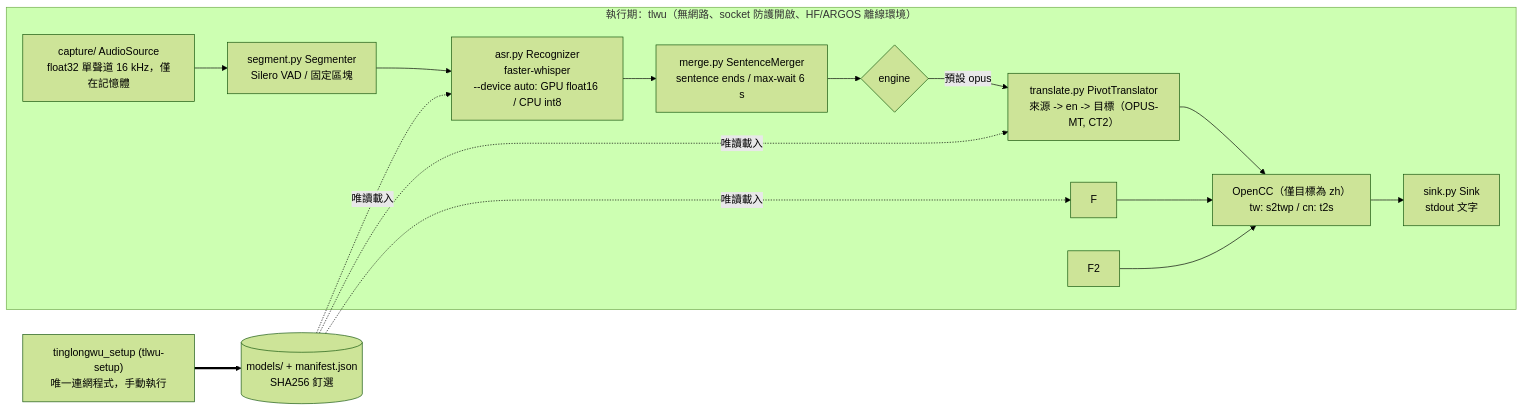
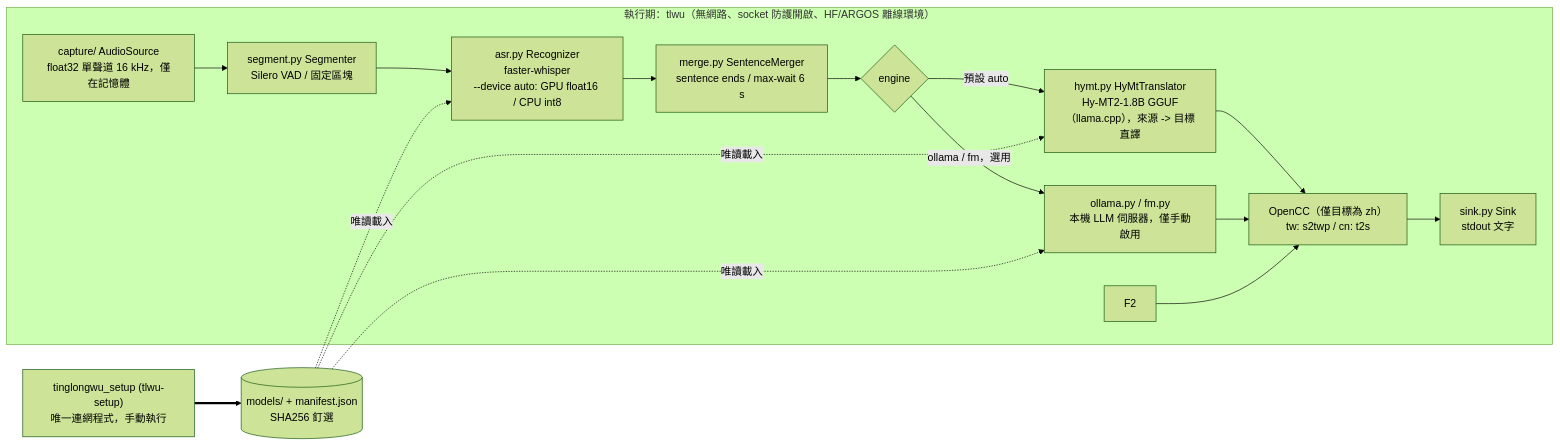
The diagram in docs/ARCHITECTURE.zh-TW.md (sunososobro-hub/tinglongwu), drawn with Mermaid (forest theme) before and after one commit. The commit also changed other lines of this file and 2 other files, not shown here.

Commit message:
docs(architecture): Hy-MT2 is the default engine, OPUS-MT row replaced (#471)
Refs #1054

Claude-Session: https://claude.ai/code/session_011762LPxwq1tRcTzWXFT3mJ

````diff
--- a/docs/ARCHITECTURE.zh-TW.md
+++ b/docs/ARCHITECTURE.zh-TW.md
@@ -11,18 +11,19 @@
 ```mermaid
 flowchart LR
   subgraph RT["執行期：tlwu（無網路、socket 防護開啟、HF/ARGOS 離線環境）"]
     A["capture/ AudioSource<br/>float32 單聲道 16 kHz，僅在記憶體"] --> B["segment.py Segmenter<br/>Silero VAD / 固定區塊"]
     B --> C["asr.py Recognizer<br/>faster-whisper<br/>--device auto: GPU float16 / CPU int8"]
     C --> MG["merge.py SentenceMerger<br/>sentence ends / max-wait 6 s"]
     MG --> D{"engine"}
-    D -->|預設 opus| E["translate.py PivotTranslator<br/>來源 -> en -> 目標（OPUS-MT, CT2）"]
+    D -->|預設 auto| E["hymt.py HyMtTranslator<br/>Hy-MT2-1.8B GGUF（llama.cpp），來源 -> 目標直譯"]
+    D -->|ollama / fm，選用| F["ollama.py / fm.py<br/>本機 LLM 伺服器，僅手動啟用"]
     E --> G["OpenCC（僅目標為 zh）<br/>tw: s2twp / cn: t2s"]
     F --> G
     F2 --> G
     G --> H["sink.py Sink<br/>stdout 文字"]
   end
   M[("models/ + manifest.json<br/>SHA256 釘選")] -. "唯讀載入" .-> C
   M -. "唯讀載入" .-> E
   M -. "唯讀載入" .-> F
   DL["tinglongwu_setup (tlwu-setup)<br/>唯一連網程式，手動執行"] ==> M
 ```
````
